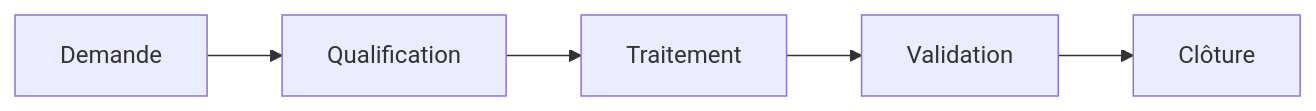
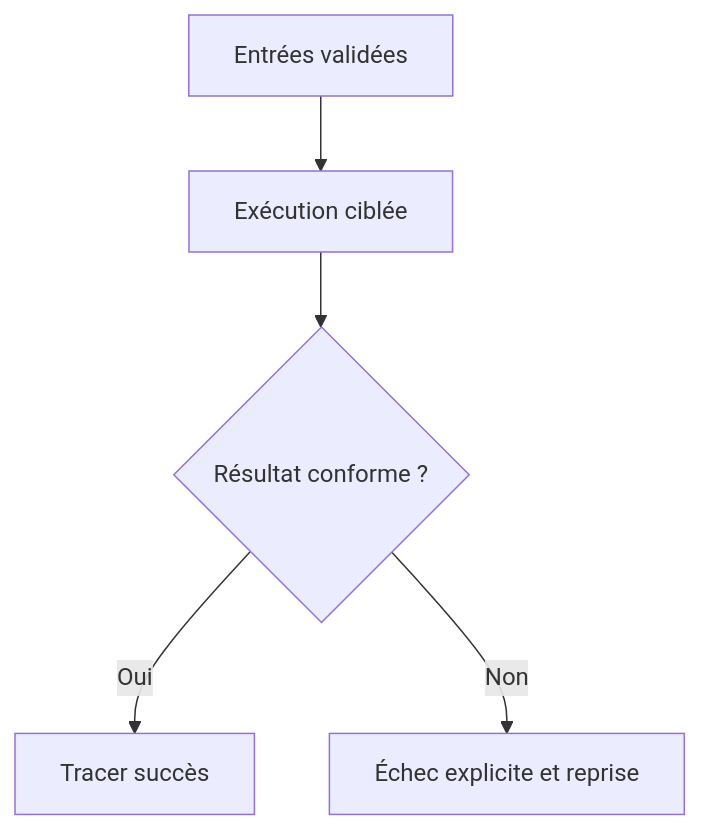
The fourth of 6 diagrams in content/lessons/maint-automatisation-intermediaire.md (biggyseven/Skill-Tree), drawn with Mermaid before and after one commit. The commit also changed other lines of this file, not shown here.

````diff
--- a/content/lessons/maint-automatisation-intermediaire.md
+++ b/content/lessons/maint-automatisation-intermediaire.md
@@ -74,4 +83,7 @@
 ```mermaid
-flowchart LR
-  A[Demande] --> B[Qualification] --> C[Traitement] --> D[Validation] --> E[Clôture]
+flowchart TD
+  A[Entrées validées] --> B[Exécution ciblée]
+  B --> C{Résultat conforme ?}
+  C -->|Oui| D[Tracer succès]
+  C -->|Non| E[Échec explicite et reprise]
 ```
````
